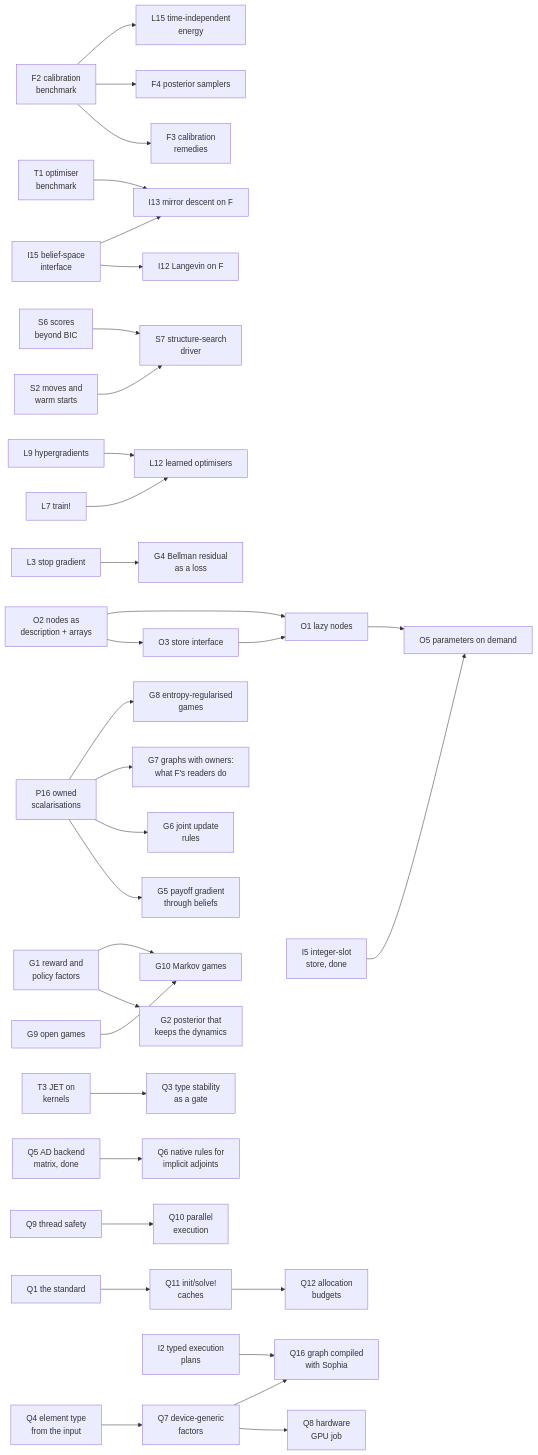
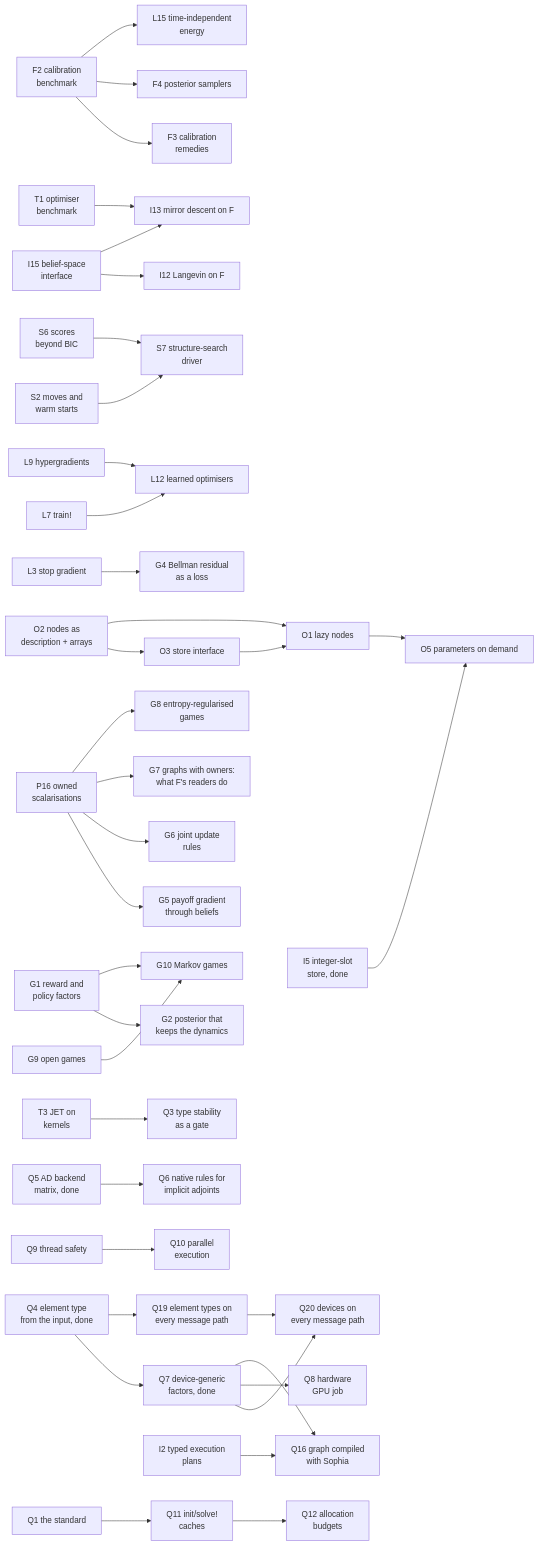
The diagram in vault/Project/Feature Backlog/Feature Backlog.md (MathStruct/Lenticulum.jl), drawn with Mermaid before and after one commit. The commit also changed 109 other files, not shown here.

````diff
--- a/vault/Project/Feature Backlog/Feature Backlog.md
+++ b/vault/Project/Feature Backlog/Feature Backlog.md
@@ -48,35 +48,38 @@
 ```mermaid
 graph LR
   F2[F2 calibration<br/>benchmark] --> F3[F3 calibration<br/>remedies]
   F2 --> F4[F4 posterior samplers]
   F2 --> L15[L15 time-independent<br/>energy]
   I15[I15 belief-space<br/>interface] --> I12[I12 Langevin on F]
   I15 --> I13[I13 mirror descent on F]
   T1[T1 optimiser<br/>benchmark] --> I13
   O2[O2 nodes as<br/>description + arrays] --> O3[O3 store interface]
   O2 --> O1[O1 lazy nodes]
   O3 --> O1
   O1 --> O5[O5 parameters on demand]
   I5[I5 integer-slot<br/>store, done] --> O5
   S2[S2 moves and<br/>warm starts] --> S7[S7 structure-search<br/>driver]
   S6[S6 scores<br/>beyond BIC] --> S7
   L7[L7 train!] --> L12[L12 learned optimisers]
   L9[L9 hypergradients] --> L12
   G1[G1 reward and<br/>policy factors] --> G2[G2 posterior that<br/>keeps the dynamics]
   L3[L3 stop gradient] --> G4[G4 Bellman residual<br/>as a loss]
   P16[P16 owned<br/>scalarisations] --> G5[G5 payoff gradient<br/>through beliefs]
   P16 --> G6[G6 joint update<br/>rules]
   P16 --> G7[G7 graphs with owners:<br/>what F's readers do]
   P16 --> G8[G8 entropy-regularised<br/>games]
   G1 --> G10[G10 Markov games]
   G9[G9 open games] --> G10
   T3[T3 JET on<br/>kernels] --> Q3[Q3 type stability<br/>as a gate]
   Q5[Q5 AD backend<br/>matrix, done] --> Q6[Q6 native rules for<br/>implicit adjoints]
-  Q4[Q4 element type<br/>from the input] --> Q7[Q7 device-generic<br/>factors]
+  Q4[Q4 element type<br/>from the input, done] --> Q7[Q7 device-generic<br/>factors, done]
+  Q4 --> Q19[Q19 element types on<br/>every message path]
+  Q7 --> Q20[Q20 devices on<br/>every message path]
+  Q19 --> Q20
   Q7 --> Q8[Q8 hardware<br/>GPU job]
   Q9[Q9 thread safety] --> Q10[Q10 parallel<br/>execution]
   Q1[Q1 the standard] --> Q11[Q11 init/solve!<br/>caches]
   Q11 --> Q12[Q12 allocation<br/>budgets]
   I2[I2 typed execution<br/>plans] --> Q16[Q16 graph compiled<br/>with Sophia]
   Q7 --> Q16
 ```
````
